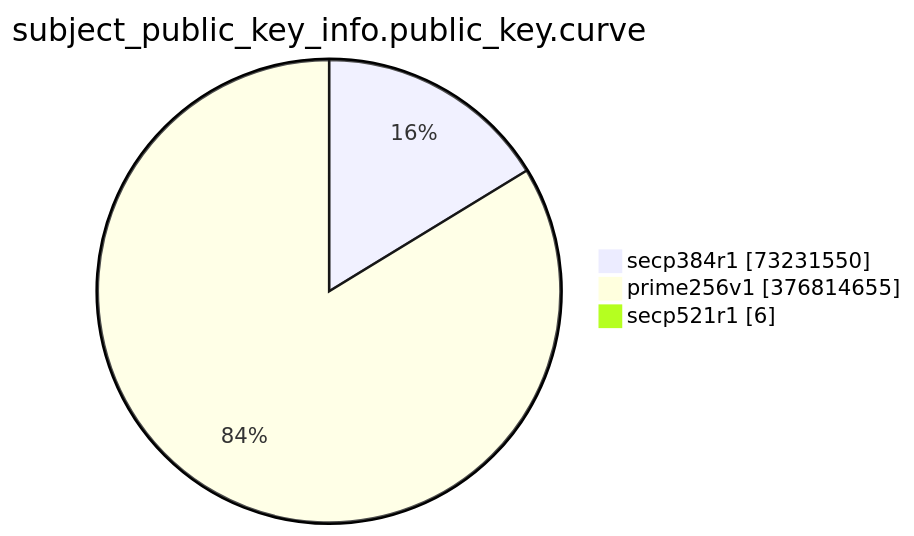
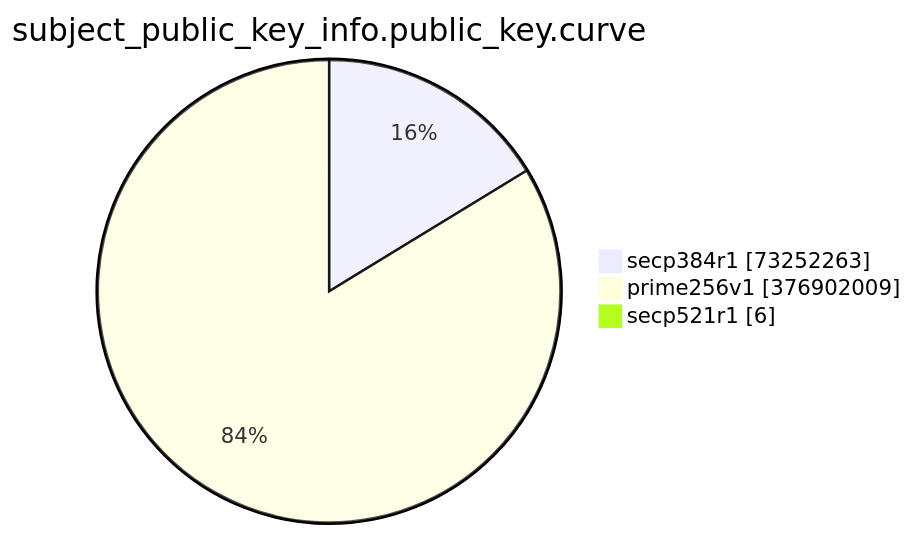
The eighth of 15 diagrams in TOTAL/README.md (christiankrug/ctmonitor_visualization), drawn with Mermaid before and after one commit. The commit also changed other lines of this file, not shown here.

````diff
--- a/TOTAL/README.md
+++ b/TOTAL/README.md
@@ -3094,7 +3094,7 @@
 ```mermaid
 pie showData
 title subject_public_key_info.public_key.curve
-"secp384r1" :73231550
-"prime256v1" :376814655
+"secp384r1" :73252263
+"prime256v1" :376902009
 "secp521r1" :6
 ```
````
